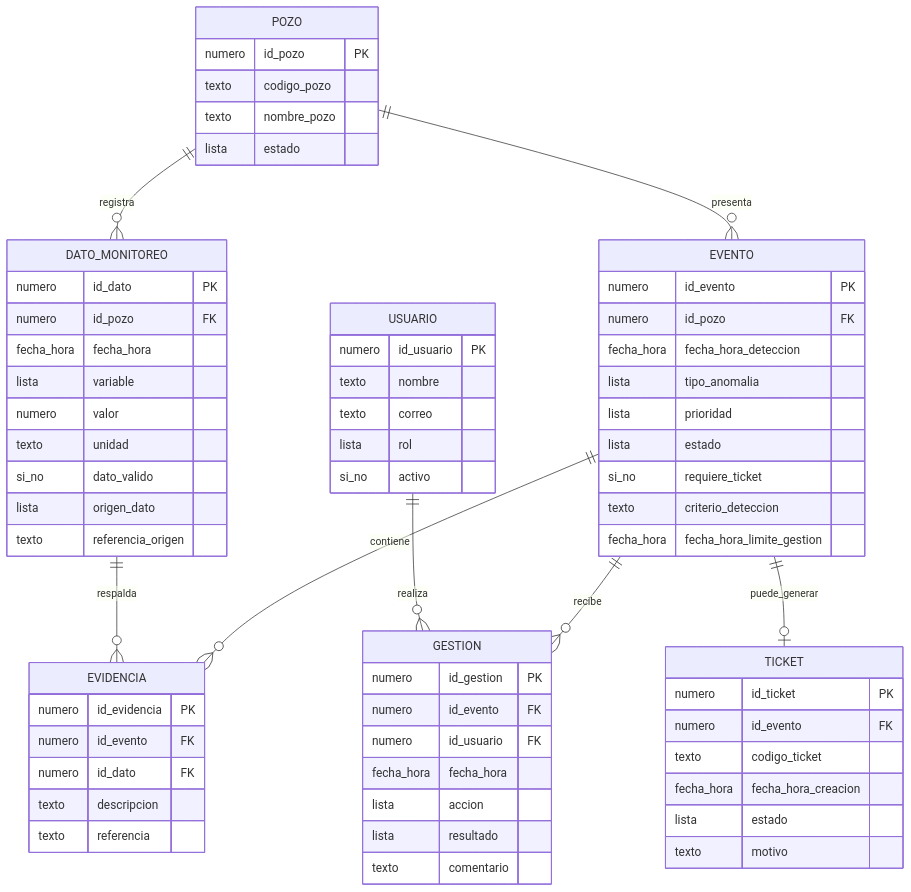
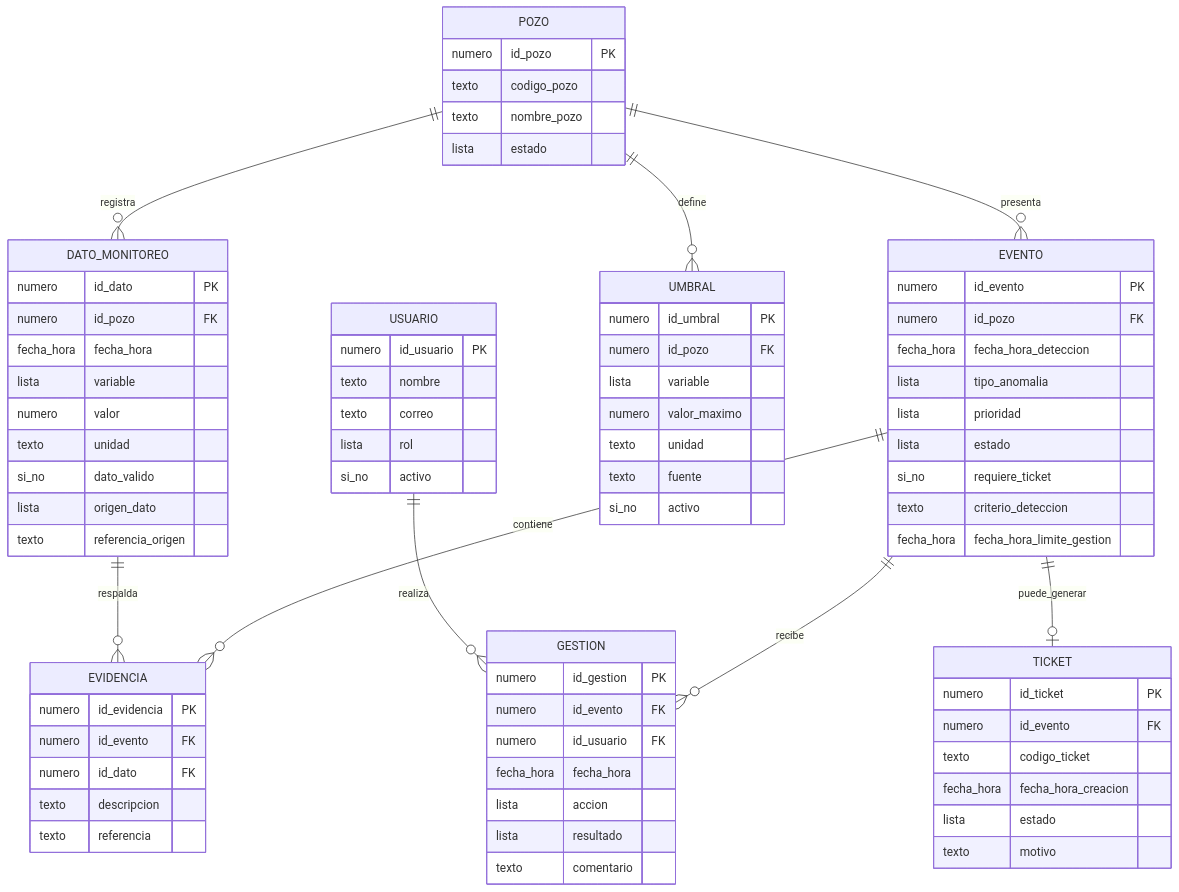
One commit to felipeivan92/PROYECTOPOZOSAPP changed the diagram in docs/datos/estructura_datos.md. Above: the diagram before and after it, drawn with Mermaid. The commit also changed other lines of this file, not shown here.

```diff
--- a/docs/datos/estructura_datos.md
+++ b/docs/datos/estructura_datos.md
@@ -8,6 +8,7 @@
 erDiagram
     USUARIO ||--o{ GESTION : realiza
     POZO ||--o{ DATO_MONITOREO : registra
+    POZO ||--o{ UMBRAL : define
     POZO ||--o{ EVENTO : presenta
     DATO_MONITOREO ||--o{ EVIDENCIA : respalda
     EVENTO ||--o{ EVIDENCIA : contiene
@@ -28,6 +29,16 @@
         texto nombre_pozo
         lista estado
     }
+
+   UMBRAL {
+        numero id_umbral PK
+        numero id_pozo FK
+        lista variable
+        numero valor_maximo
+        texto unidad
+        texto fuente
+        si_no activo
+   }
 
     DATO_MONITOREO {
         numero id_dato PK
```
